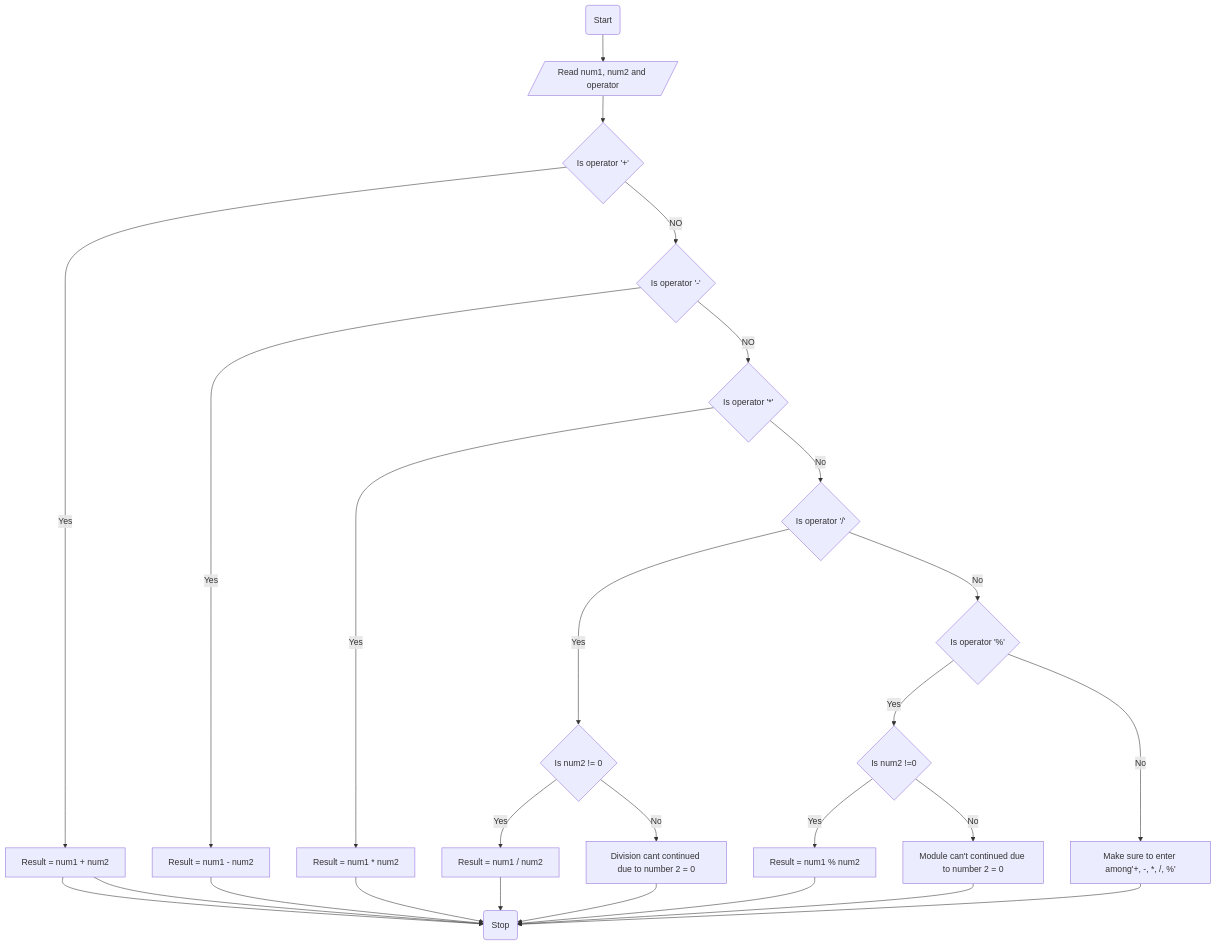
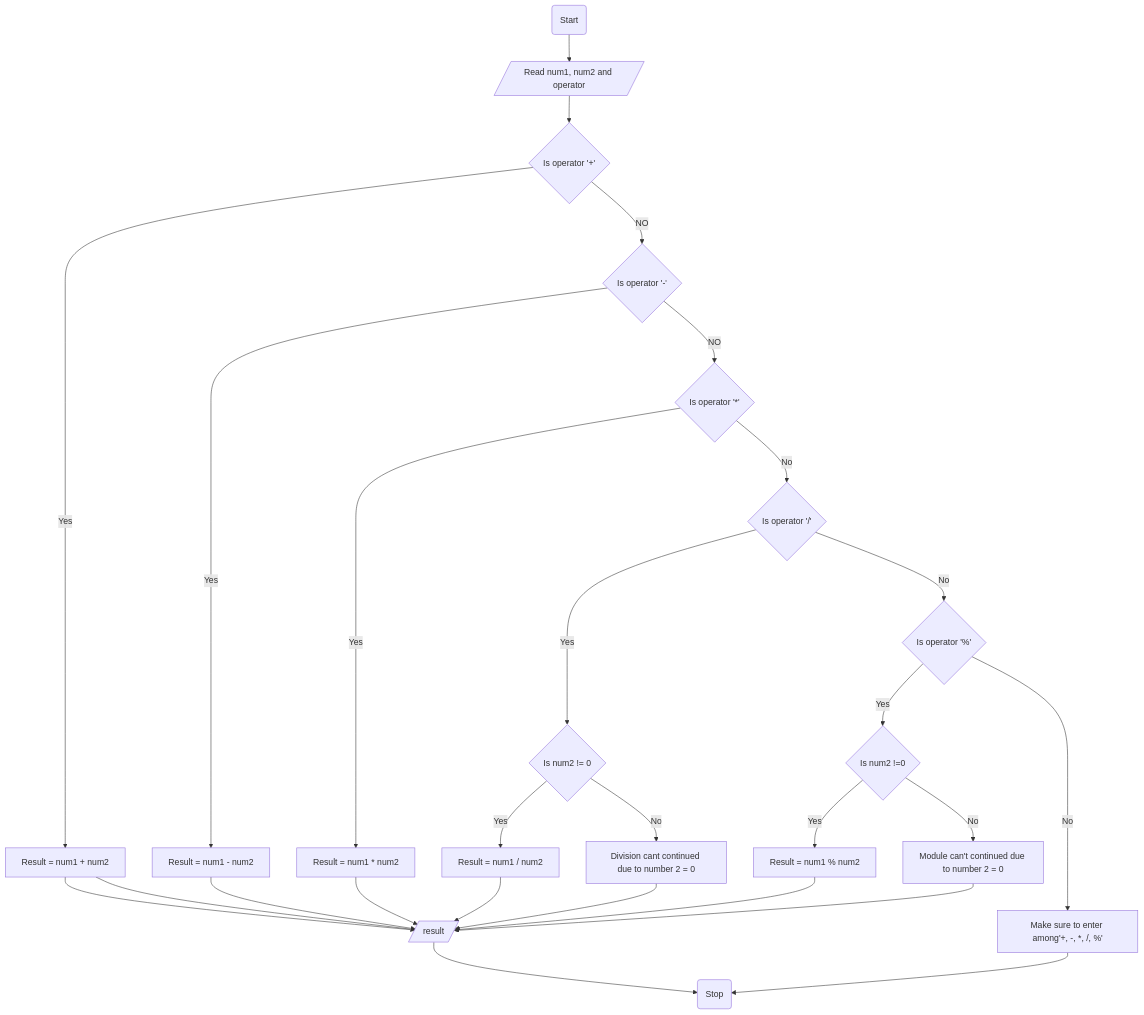
One commit to SWEG-2015EC-Batch/Code-Warrior changed the diagram in ETS1351_15_Yabets_Maregn/simple_calculator/flowchart.md. Above: the diagram before and after it, drawn with Mermaid.

````diff
--- a/ETS1351_15_Yabets_Maregn/simple_calculator/flowchart.md
+++ b/ETS1351_15_Yabets_Maregn/simple_calculator/flowchart.md
@@ -1,28 +1,29 @@
 ```mermaid
 graph TD
 A(Start) --> B[/Read num1, num2 and operator/]
 B --> C{Is operator '+'}
 C -- Yes --> D[Result = num1 + num2]
 C -- NO --> E{Is operator '-'}
 E -- Yes --> F[Result = num1 - num2]
 E -- NO --> G{Is operator '*'}
 G -- Yes --> H[Result = num1 * num2]
 G -- No --> I{Is operator '/'}
 I -- Yes --> J{Is num2 != 0}
 J -- Yes --> K[Result = num1 / num2]
 J -- No --> L[Division cant continued due to number 2 = 0]
 I -- No --> M{Is operator '%'}
 M -- Yes --> N{Is num2 !=0}
 N -- Yes --> O[Result = num1 % num2]
 N -- No --> P[Module can't continued due to number 2 = 0]
 M -- No --> Q[Make sure to enter among'+, -, *, /, %']
-Q --> R(Stop)
-D --> R(Stop)
-F --> R(Stop)
-D --> R(Stop)
-H --> R(Stop)
-K --> R(Stop)
-L --> R(Stop)
-O --> R(Stop)
-P --> R(Stop)
+Q --> S(Stop)
+D --> R[/result/]
+F --> R[/result/]
+D --> R[/result/]
+H --> R[/result/]
+K --> R[/result/]
+L --> R[/result/]
+O --> R[/result/]
+P --> R[/result/]
+R --> S
 ```
````
